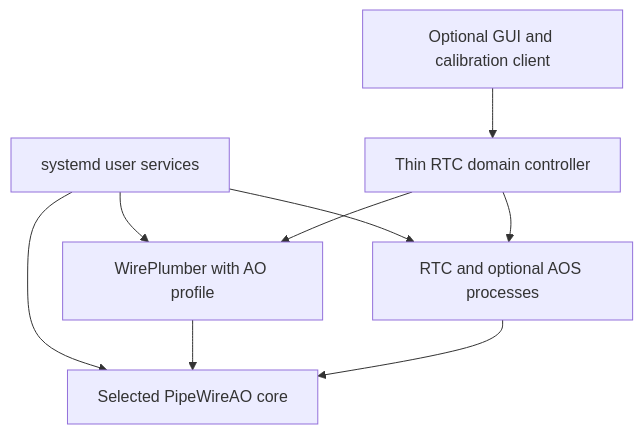
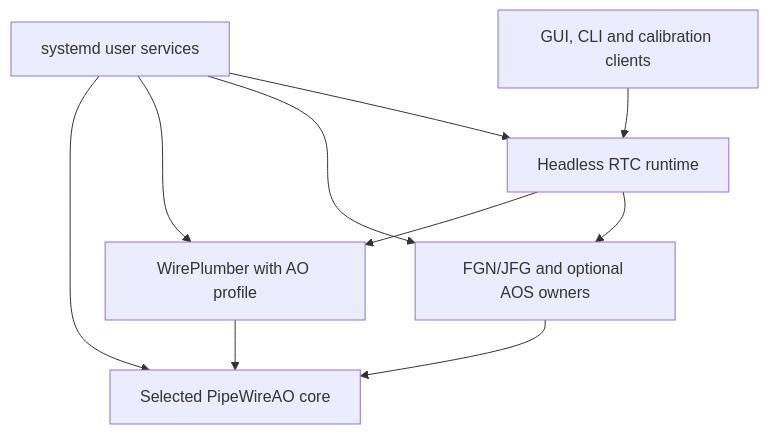
Before and after one commit to DarrylGamroth/pipewireao-rtc: the second of 2 diagrams in docs/ECOSYSTEM_INTEGRATION.md, drawn with Mermaid. The commit also changed other lines of this file and 2 other files, not shown here.

Commit message:
docs: retain RTC lifecycle in headless runtime with GUI and CLI clients

````diff
--- a/docs/ECOSYSTEM_INTEGRATION.md
+++ b/docs/ECOSYSTEM_INTEGRATION.md
@@ -70,17 +71,18 @@
 ```mermaid
 flowchart TD
     Systemd["systemd user services"]
     Core["Selected PipeWireAO core"]
     WP["WirePlumber with AO profile"]
-    Owners["RTC and optional AOS processes"]
-    Controller["Thin RTC domain controller"]
-    Clients["Optional GUI and calibration client"]
+    Owners["FGN/JFG and optional AOS owners"]
+    Runtime["Headless RTC runtime"]
+    Clients["GUI, CLI and calibration clients"]
     Systemd --> Core
     Systemd --> WP
     Systemd --> Owners
-    Clients --> Controller
-    Controller --> WP
-    Controller --> Owners
+    Systemd --> Runtime
+    Clients --> Runtime
+    Runtime --> WP
+    Runtime --> Owners
     WP --> Core
     Owners --> Core
 ```
````
